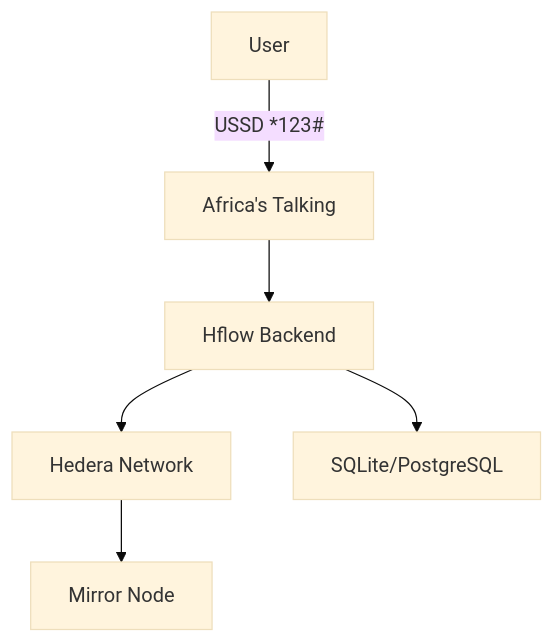
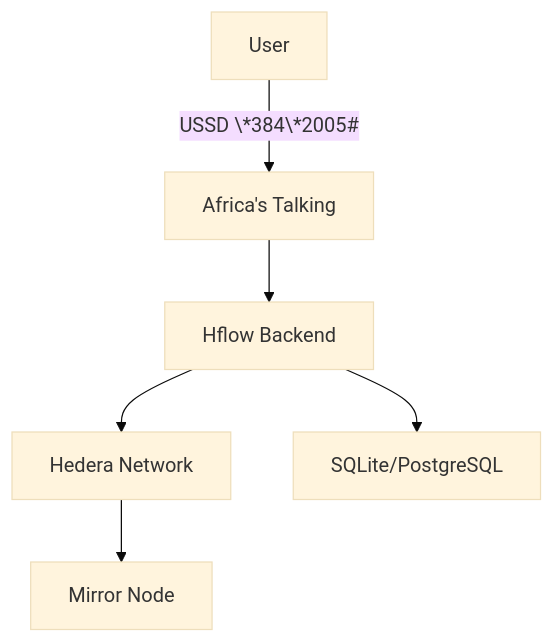
The first of 5 diagrams in docs/ARCHITECTURE.MD (Modexia-Tech/hflow), drawn with Mermaid (base theme) before and after one commit. The commit also changed other lines of this file, not shown here.

````diff
--- a/docs/ARCHITECTURE.MD
+++ b/docs/ARCHITECTURE.MD
@@ -4,8 +4,8 @@
 ```mermaid
 flowchart TD
-    A[User] -->|USSD *123#| B[Africa's Talking]
+    A[User] -->|USSD \*384\*2005#| B[Africa's Talking]
     B --> C[Hflow Backend]
     C --> D[Hedera Network]
     C --> E[SQLite/PostgreSQL]
       D --> G[Mirror Node]
 ```
````
